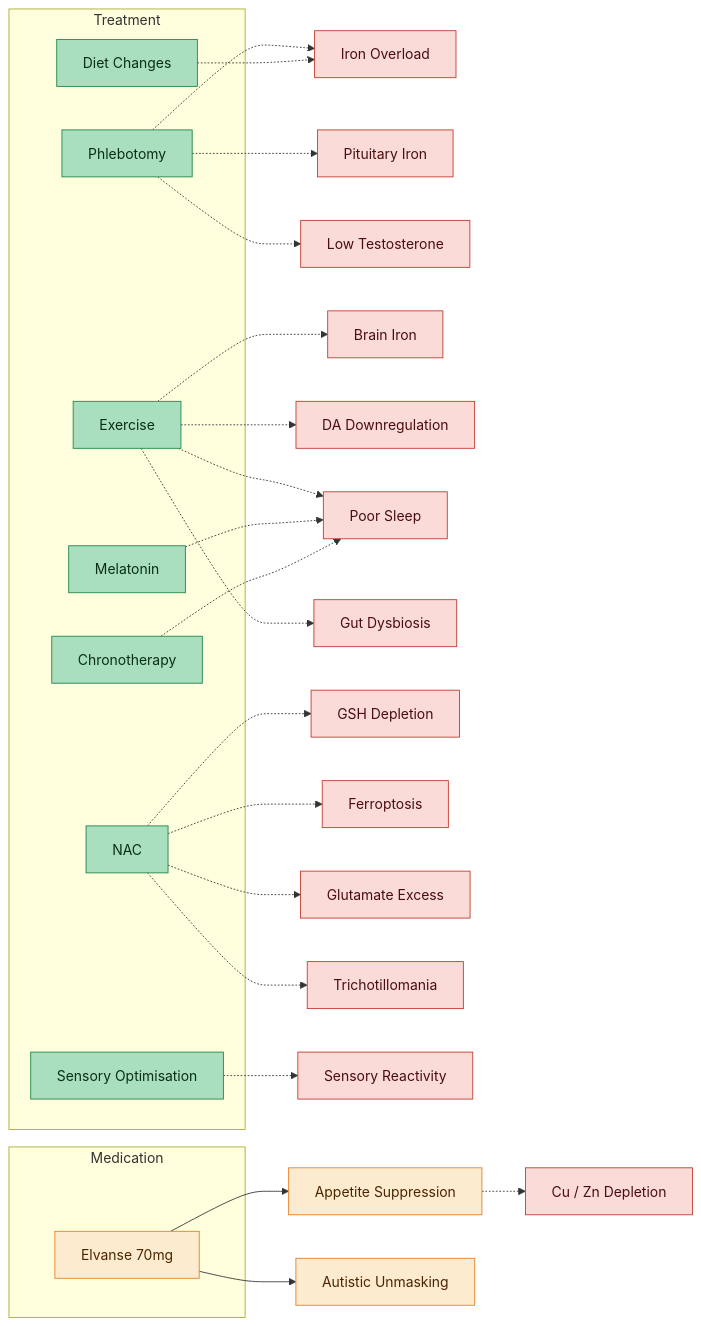
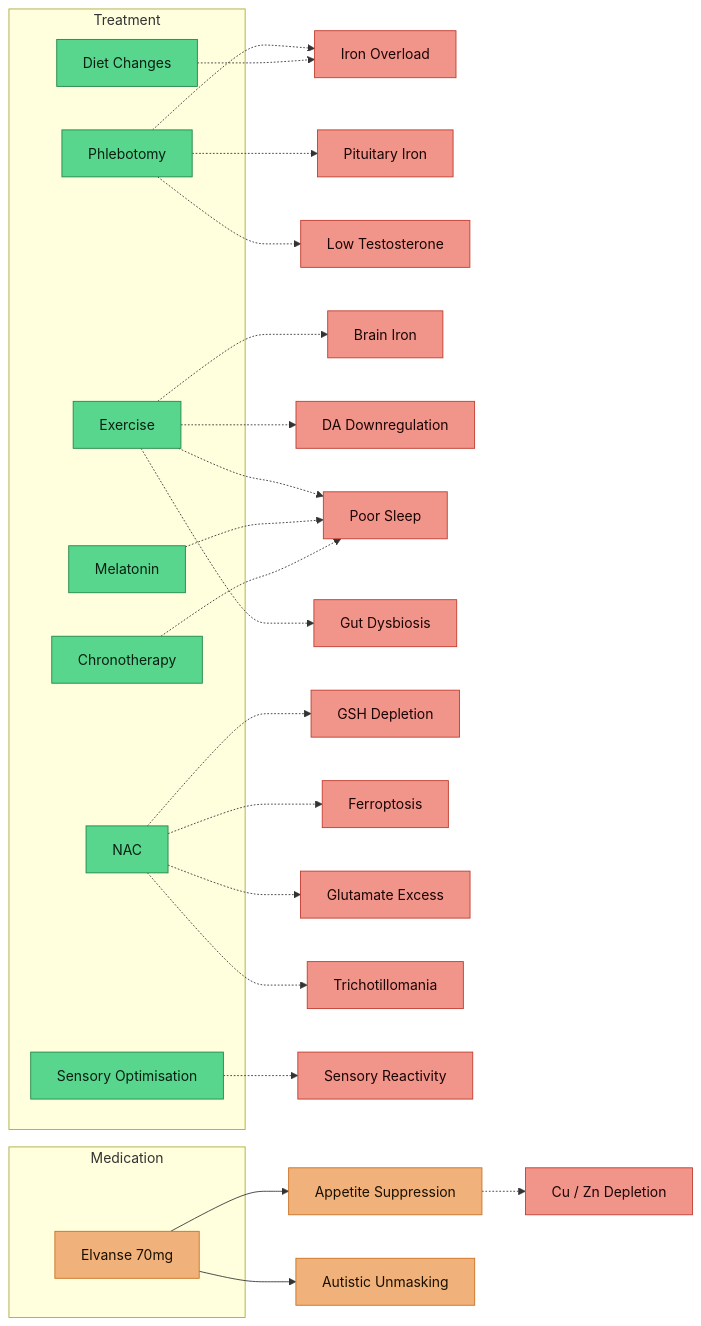
One commit to Aegis-commits/ag-hfe-adhd-asd-research changed the third of 3 diagrams in Health Research MOC.md. Above: the diagram before and after it, drawn with Mermaid. The commit also changed other lines of this file and 39 other files, not shown here.

First line of the commit message:
docs(vault): standardise diagram colours for light-mode readability, add MOC quick nav

````diff
--- a/Health Research MOC.md
+++ b/Health Research MOC.md
@@ -218,50 +227,50 @@
 ```mermaid
 flowchart LR
-    classDef protect fill:#a9dfbf,stroke:#1e8449,color:#0a2f14
-    classDef med fill:#fdebd0,stroke:#e67e22,color:#4a2600
-    classDef target fill:#fadbd8,stroke:#c0392b,color:#4a0e0e
+    classDef protect fill:#58d68d,stroke:#1e8449,color:#0a1f12
+    classDef med fill:#f0b27a,stroke:#ca6f1e,color:#1a1000
+    classDef target fill:#f1948a,stroke:#c0392b,color:#1a0505
 
     subgraph TREAT ["Treatment"]
         M[Phlebotomy]:::protect
         L[Diet Changes]:::protect
         BA[Exercise]:::protect
         BB[NAC]:::protect
         AN[Melatonin]:::protect
         AO[Chronotherapy]:::protect
         AP[Sensory Optimisation]:::protect
     end
 
     subgraph MEDS ["Medication"]
         J[Elvanse 70mg]:::med
     end
 
     %% Phlebotomy targets
     M -.-> IO[Iron Overload]:::target
     M -.-> PIT[Pituitary Iron]:::target
     M -.-> TEST[Low Testosterone]:::target
 
     %% Diet targets
     L -.-> IO
 
     %% Exercise targets
     BA -.-> BI[Brain Iron]:::target
     BA -.-> DA[DA Downregulation]:::target
     BA -.-> SLP[Poor Sleep]:::target
     BA -.-> GUT[Gut Dysbiosis]:::target
 
     %% NAC targets
     BB -.-> GSH[GSH Depletion]:::target
     BB -.-> FPT[Ferroptosis]:::target
     BB -.-> GLU[Glutamate Excess]:::target
     BB -.-> TTM[Trichotillomania]:::target
 
     %% Sleep interventions
     AN -.-> SLP
     AO -.-> SLP
     AP -.-> SENS[Sensory Reactivity]:::target
 
     %% Elvanse effects
     J --> APP[Appetite Suppression]:::med
     APP -.-> CUZN[Cu / Zn Depletion]:::target
     J --> UNMASK[Autistic Unmasking]:::med
 ```
````
